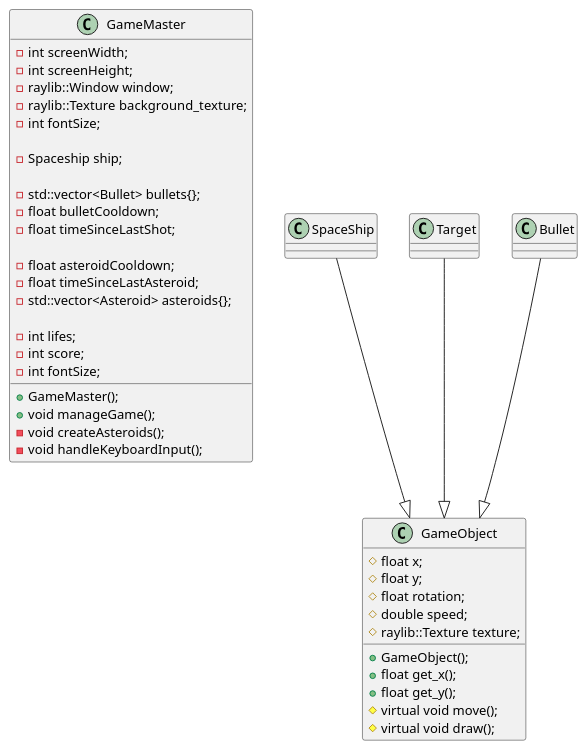
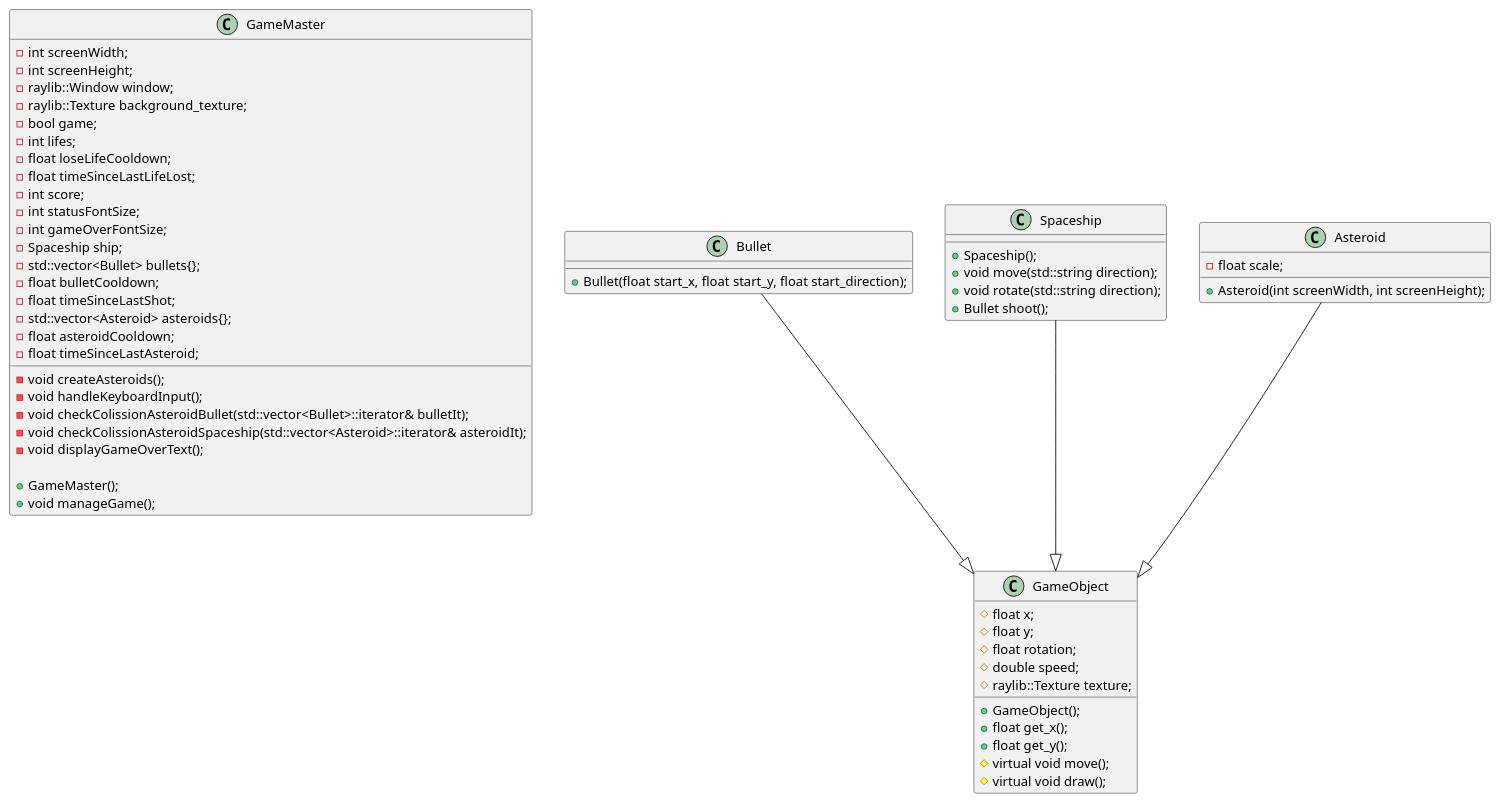
The diagram in uml.puml (seymenas/ProgBAsteroids), drawn with PlantUML before and after one commit.

Commit message:
updated uml

```diff
--- a/uml.puml
+++ b/uml.puml
@@ -1,57 +1,67 @@
 @startuml
 
 class GameMaster {
     -int screenWidth;
     -int screenHeight;
     -raylib::Window window;
     -raylib::Texture background_texture;
-    -int fontSize;
-
+    -bool game;
+    -int lifes;
+    -float loseLifeCooldown;
+    -float timeSinceLastLifeLost;
+    -int score;
+    -int statusFontSize;
+    -int gameOverFontSize;
     -Spaceship ship;
-
     -std::vector<Bullet> bullets{};
     -float bulletCooldown;
     -float timeSinceLastShot;
-
+    -std::vector<Asteroid> asteroids{};
     -float asteroidCooldown;
     -float timeSinceLastAsteroid;
-    -std::vector<Asteroid> asteroids{};
 
-    -int lifes;
-    -int score;
-    -int fontSize;
+    -void createAsteroids();
+    -void handleKeyboardInput();
+    -void checkColissionAsteroidBullet(std::vector<Bullet>::iterator& bulletIt);
+    -void checkColissionAsteroidSpaceship(std::vector<Asteroid>::iterator& asteroidIt);
+    -void displayGameOverText();
 
     +GameMaster();
     +void manageGame();
-    -void createAsteroids();
-    -void handleKeyboardInput();
 }
 
 class GameObject {
     #float x;
     #float y;
     #float rotation;
     #double speed;
     #raylib::Texture texture;
 
     +GameObject();
     +float get_x();
     +float get_y();
     #virtual void move();
     #virtual void draw();
 }
 
-SpaceShip --|> GameObject
-Target --|> GameObject
+class Bullet {
+    +Bullet(float start_x, float start_y, float start_direction);
+}
+
+class Spaceship {
+    +Spaceship();
+    +void move(std::string direction);
+    +void rotate(std::string direction);
+    +Bullet shoot();
+}
+
+class Asteroid {
+    +Asteroid(int screenWidth, int screenHeight);
+    -float scale;
+}
+
+Spaceship --|> GameObject
+Asteroid --|> GameObject
 Bullet --|> GameObject
 
-class Bullet {
-}
-
-class SpaceShip {
-}
-
-class Target {
-}
-
 @enduml
```
